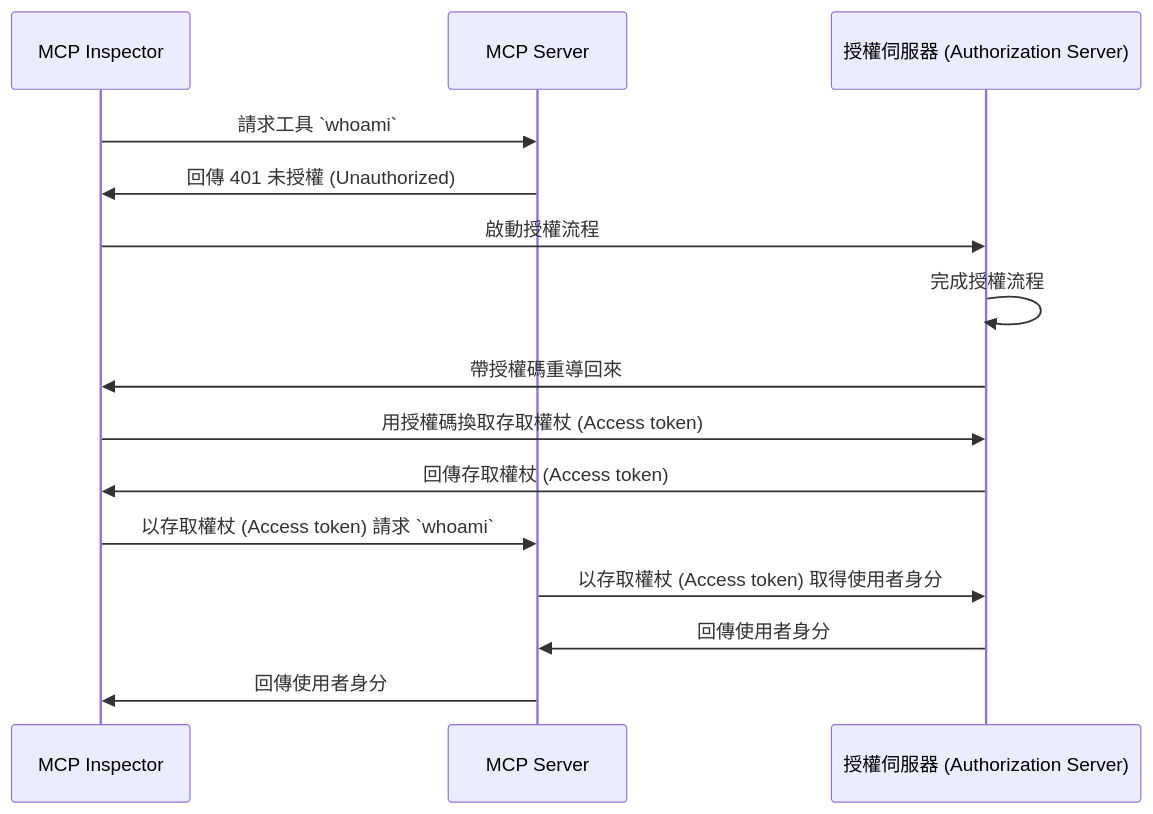
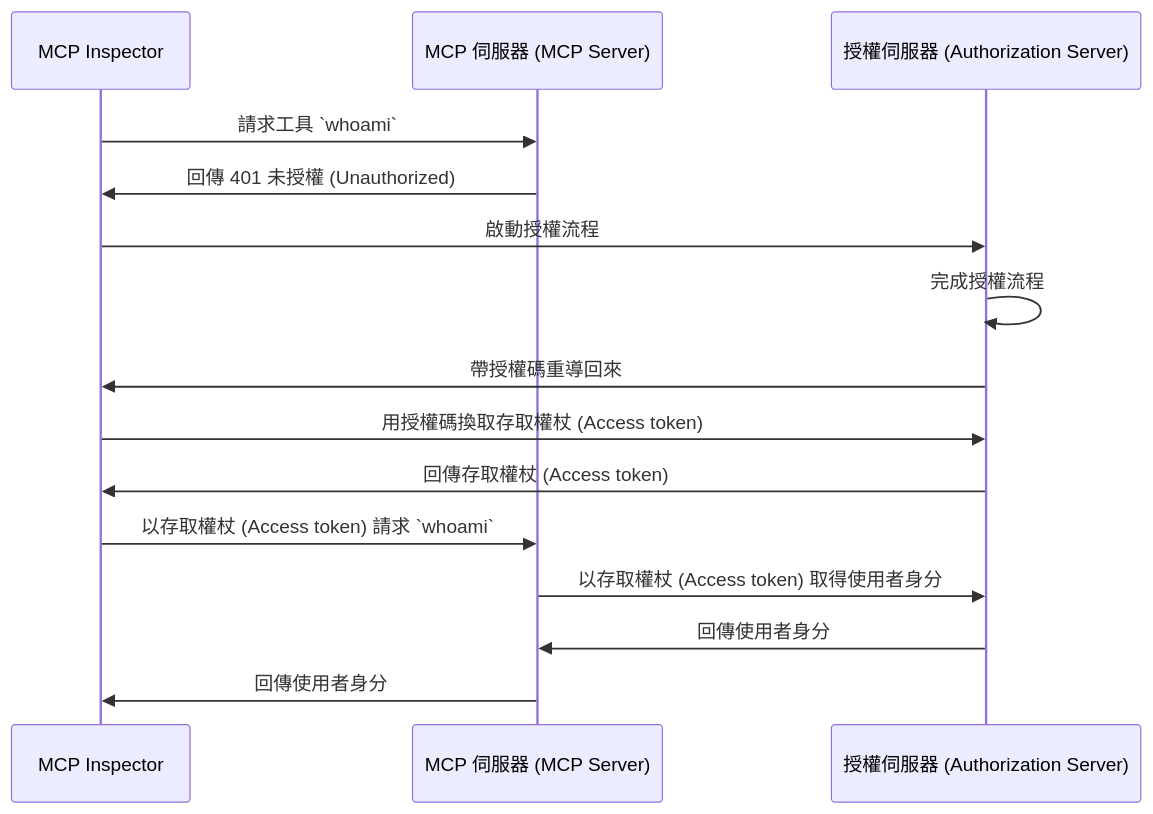
The diagram in i18n/zh-TW/docusaurus-plugin-content-docs/current/tutorials/whoami/README.mdx (mcp-auth/docs), drawn with Mermaid before and after one commit. The commit also changed other lines of this file and 17 other files, not shown here.

````diff
--- a/i18n/zh-TW/docusaurus-plugin-content-docs/current/tutorials/whoami/README.mdx
+++ b/i18n/zh-TW/docusaurus-plugin-content-docs/current/tutorials/whoami/README.mdx
@@ -31,18 +31,18 @@
 ```mermaid
 sequenceDiagram
     participant Client as MCP Inspector
-    participant Server as MCP Server
+    participant Server as MCP 伺服器 (MCP Server)
     participant Auth as 授權伺服器 (Authorization Server)
 
     Client->>Server: 請求工具 `whoami`
     Server->>Client: 回傳 401 未授權 (Unauthorized)
     Client->>Auth: 啟動授權流程
     Auth->>Auth: 完成授權流程
     Auth->>Client: 帶授權碼重導回來
     Client->>Auth: 用授權碼換取存取權杖 (Access token)
     Auth->>Client: 回傳存取權杖 (Access token)
     Client->>Server: 以存取權杖 (Access token) 請求 `whoami`
     Server->>Auth: 以存取權杖 (Access token) 取得使用者身分
     Auth->>Server: 回傳使用者身分
     Server->>Client: 回傳使用者身分
 ```
````
